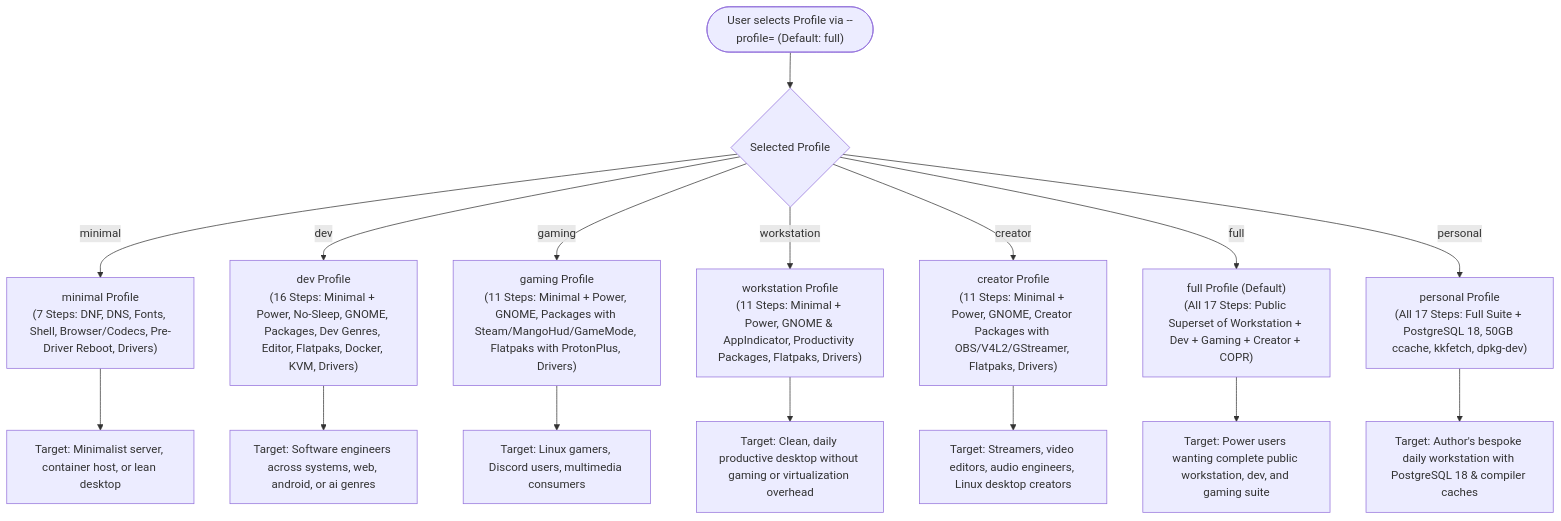
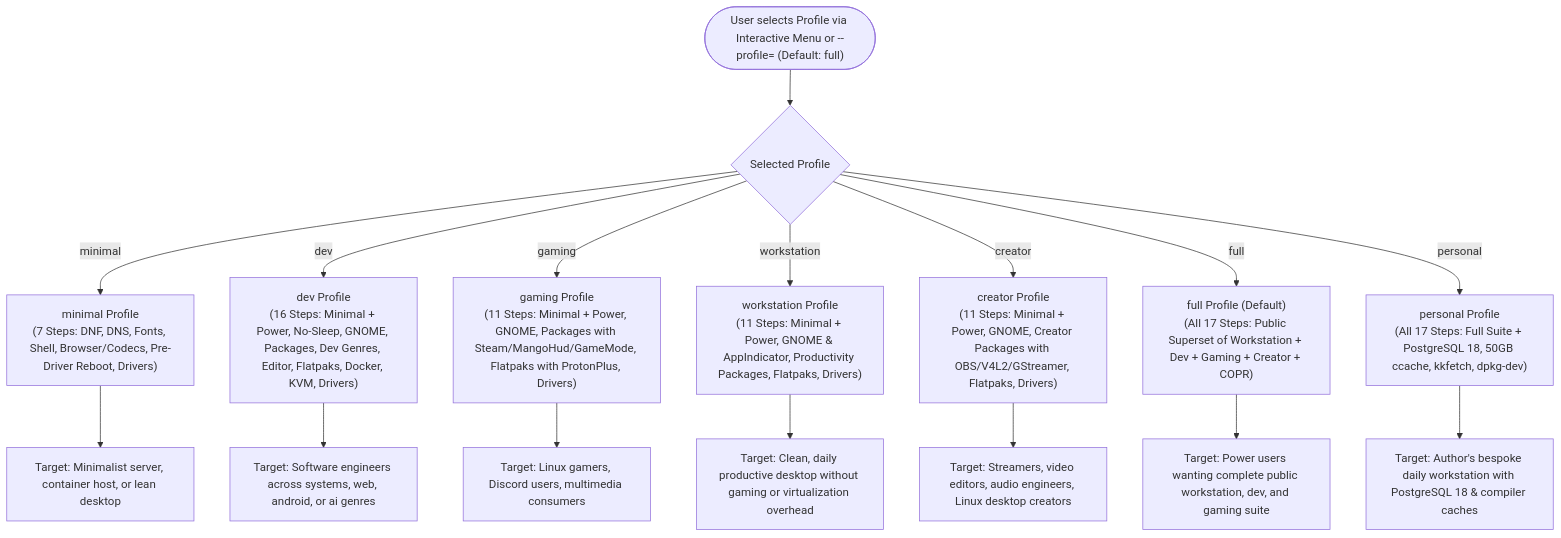
Before and after one commit to Kk376/fedora-43-post-install: the second of 21 diagrams in PSEUDOCODE.md, drawn with Mermaid. The commit also changed 4 other files, not shown here.

Commit message:
feat(core): release v5.5.5 with interactive profile menu and streamlined usage

````diff
--- a/PSEUDOCODE.md
+++ b/PSEUDOCODE.md
@@ -106,20 +106,20 @@
 ```mermaid
 flowchart TD
-    UserSelect(["User selects Profile via --profile=<name> (Default: full)"]) --> SwitchProfile{Selected Profile}
+    UserSelect(["User selects Profile via Interactive Menu or --profile=<name> (Default: full)"]) --> SwitchProfile{Selected Profile}
 
     SwitchProfile -- minimal --> P_Min["minimal Profile<br/>(7 Steps: DNF, DNS, Fonts, Shell, Browser/Codecs, Pre-Driver Reboot, Drivers)"]
     SwitchProfile -- dev --> P_Dev["dev Profile<br/>(16 Steps: Minimal + Power, No-Sleep, GNOME, Packages, Dev Genres, Editor, Flatpaks, Docker, KVM, Drivers)"]
     SwitchProfile -- gaming --> P_Gaming["gaming Profile<br/>(11 Steps: Minimal + Power, GNOME, Packages with Steam/MangoHud/GameMode, Flatpaks with ProtonPlus, Drivers)"]
     SwitchProfile -- workstation --> P_Work["workstation Profile<br/>(11 Steps: Minimal + Power, GNOME & AppIndicator, Productivity Packages, Flatpaks, Drivers)"]
     SwitchProfile -- creator --> P_Creator["creator Profile<br/>(11 Steps: Minimal + Power, GNOME, Creator Packages with OBS/V4L2/GStreamer, Flatpaks, Drivers)"]
     SwitchProfile -- full --> P_Full["full Profile (Default)<br/>(All 17 Steps: Public Superset of Workstation + Dev + Gaming + Creator + COPR)"]
     SwitchProfile -- personal --> P_Personal["personal Profile<br/>(All 17 Steps: Full Suite + PostgreSQL 18, 50GB ccache, kkfetch, dpkg-dev)"]
 
     P_Min --> CoreOnly["Target: Minimalist server, container host, or lean desktop"]
     P_Dev --> DevOnly["Target: Software engineers across systems, web, android, or ai genres"]
     P_Gaming --> GameOnly["Target: Linux gamers, Discord users, multimedia consumers"]
     P_Work --> WorkOnly["Target: Clean, daily productive desktop without gaming or virtualization overhead"]
     P_Creator --> CreatorOnly["Target: Streamers, video editors, audio engineers, Linux desktop creators"]
     P_Full --> FullOnly["Target: Power users wanting complete public workstation, dev, and gaming suite"]
     P_Personal --> PersonalOnly["Target: Author's bespoke daily workstation with PostgreSQL 18 & compiler caches"]
 ```
````
